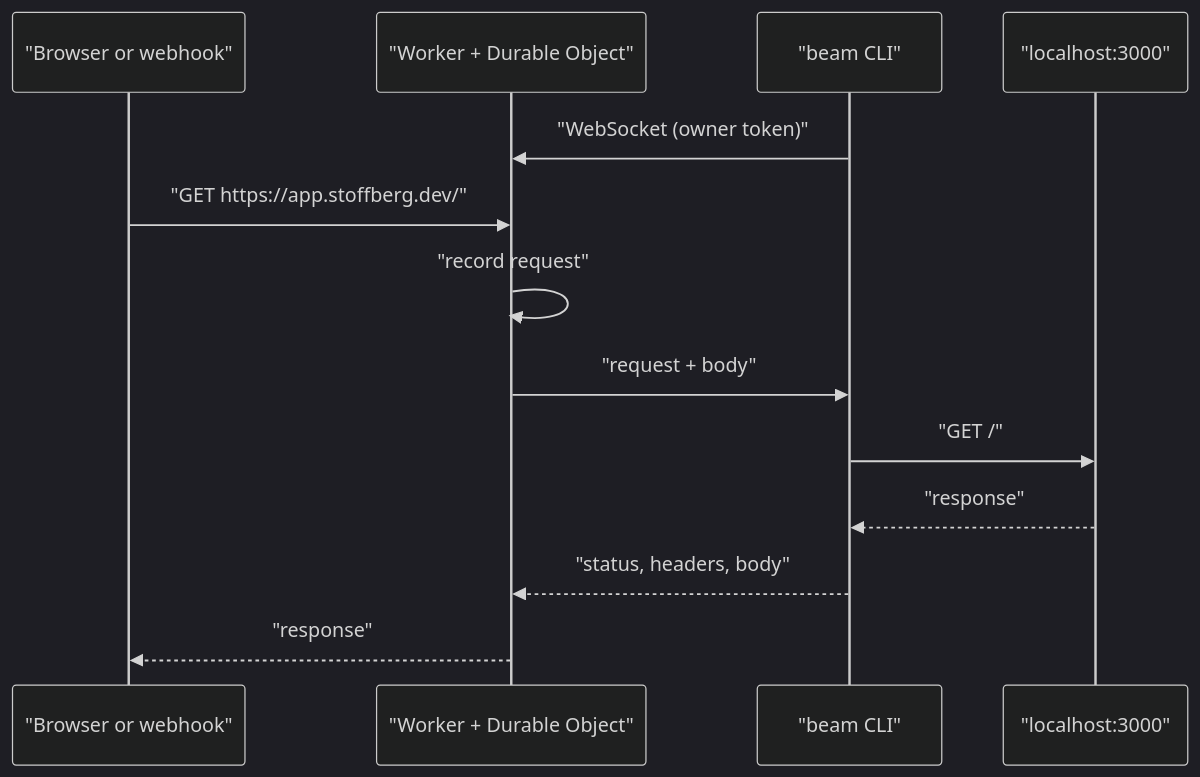
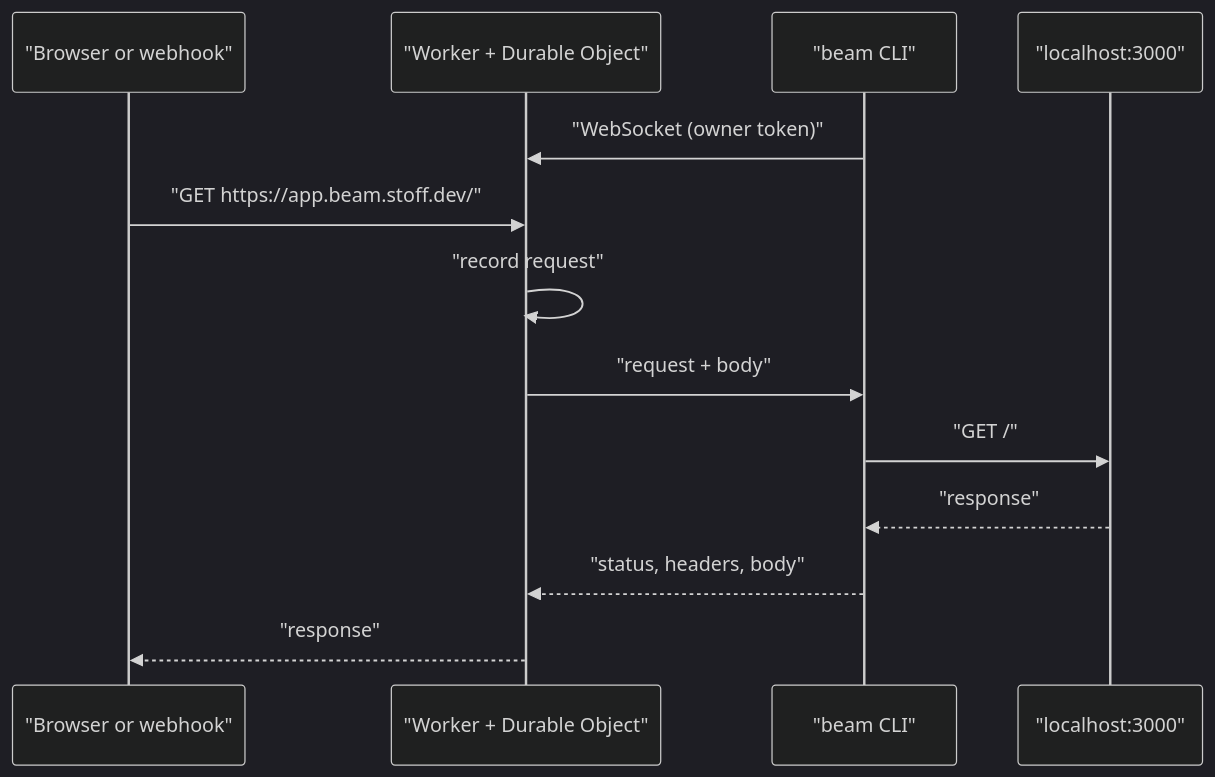
One commit to Stoffbergie/beam changed the diagram in README.md. Above: the diagram before and after it, drawn with Mermaid (dark theme). The commit also changed other lines of this file and 5 other files, not shown here.

Commit message:
feat: give beams URLs under beam.stoff.dev

````diff
--- a/README.md
+++ b/README.md
@@ -118,16 +118,16 @@
 ```mermaid
 sequenceDiagram
     participant Visitor as "Browser or webhook"
     participant Beam as "Worker + Durable Object"
     participant CLI as "beam CLI"
     participant App as "localhost:3000"
 
     CLI->>Beam: "WebSocket (owner token)"
-    Visitor->>Beam: "GET https://app.stoffberg.dev/"
+    Visitor->>Beam: "GET https://app.beam.stoff.dev/"
     Beam->>Beam: "record request"
     Beam->>CLI: "request + body"
     CLI->>App: "GET /"
     App-->>CLI: "response"
     CLI-->>Beam: "status, headers, body"
     Beam-->>Visitor: "response"
 ```
````
